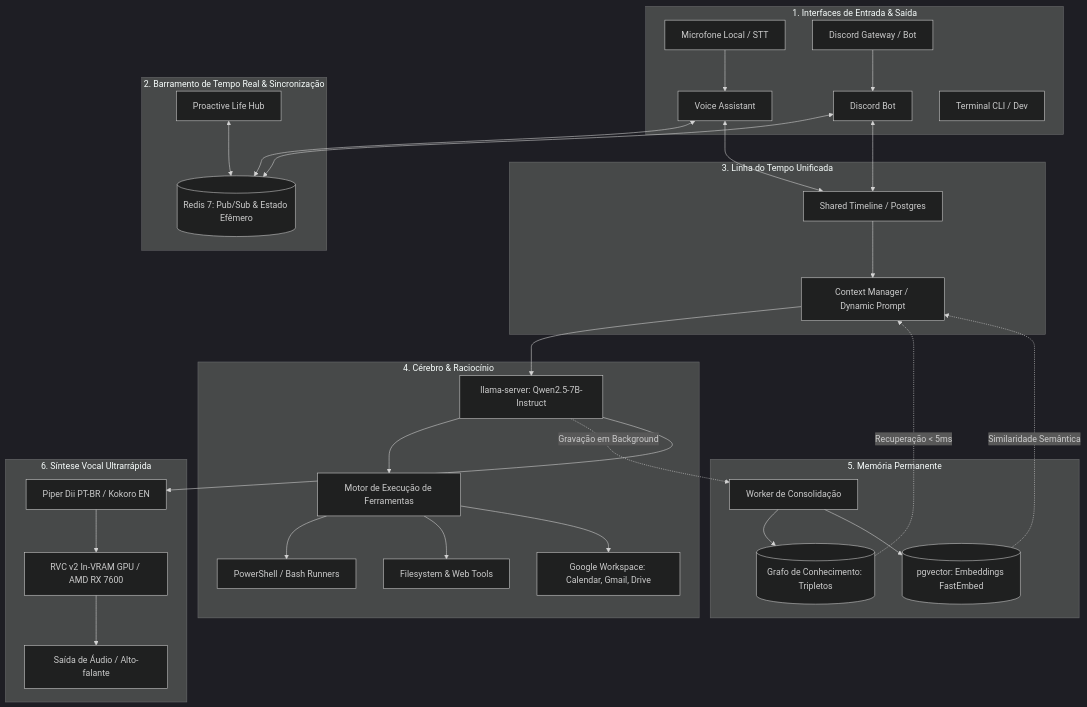
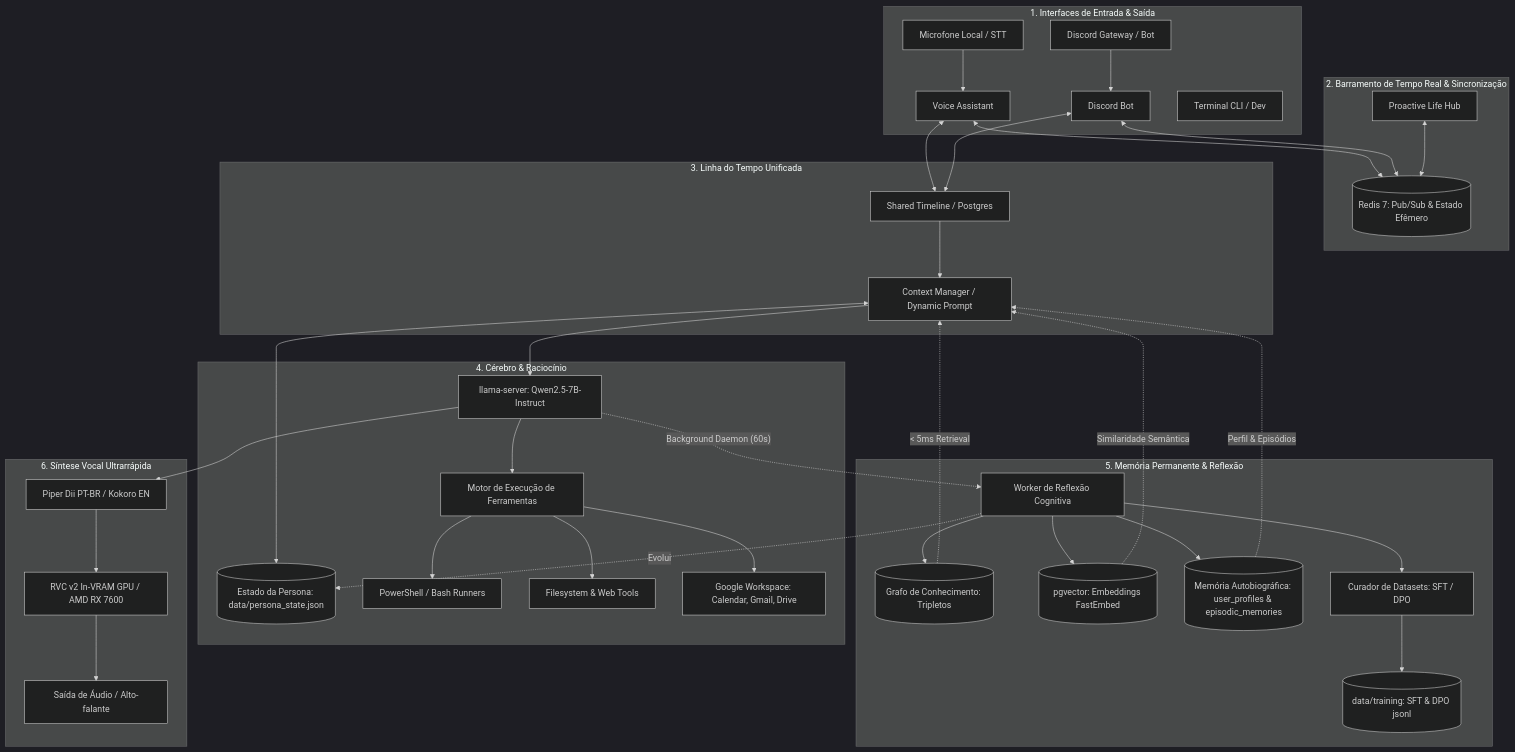
One commit to GalafassiNAT/Aigis-Assistant changed the diagram in docs/ARCHITECTURE.md. Above: the diagram before and after it, drawn with Mermaid (dark theme). The commit also changed other lines of this file and 18 other files, not shown here.

````diff
--- a/docs/ARCHITECTURE.md
+++ b/docs/ARCHITECTURE.md
@@ -11,43 +11,49 @@
 ```mermaid
 flowchart TD
     subgraph Interfaces ["1. Interfaces de Entrada & Saída"]
         MIC[Microfone Local / STT] --> VA[Voice Assistant]
         DISC[Discord Gateway / Bot] --> DB[Discord Bot]
         CLI[Terminal CLI / Dev]
     end
 
     subgraph Bus ["2. Barramento de Tempo Real & Sincronização"]
         REDIS[(Redis 7: Pub/Sub & Estado Efêmero)]
         VA <--> REDIS
         DB <--> REDIS
         PH[Proactive Life Hub] <--> REDIS
     end
 
     subgraph Timeline ["3. Linha do Tempo Unificada"]
         VA <--> ST[Shared Timeline / Postgres]
         DB <--> ST
         ST --> Ctx[Context Manager / Dynamic Prompt]
     end
 
     subgraph Cognicao ["4. Cérebro & Raciocínio"]
         Ctx --> LLM[llama-server: Qwen2.5-7B-Instruct]
+        Persona[(Estado da Persona: data/persona_state.json)] <--> Ctx
         LLM --> Tools[Motor de Execução de Ferramentas]
         Tools --> PS[PowerShell / Bash Runners]
         Tools --> FS[Filesystem & Web Tools]
         Tools --> GSuite[Google Workspace: Calendar, Gmail, Drive]
     end
 
-    subgraph Memoria ["5. Memória Permanente"]
-        LLM -. Gravação em Background .-> MW[Worker de Consolidação]
+    subgraph Memoria ["5. Memória Permanente & Reflexão"]
+        LLM -. Background Daemon (60s) .-> MW[Worker de Reflexão Cognitiva]
         MW --> KG[(Grafo de Conhecimento: Tripletos)]
         MW --> VEC[(pgvector: Embeddings FastEmbed)]
-        KG -. Recuperação < 5ms .-> Ctx
+        MW --> EP[(Memória Autobiográfica: user_profiles & episodic_memories)]
+        MW --> DC[Curador de Datasets: SFT / DPO]
+        DC --> DTR[(data/training: SFT & DPO jsonl)]
+        MW -. Evolui .-> Persona
+        KG -. < 5ms Retrieval .-> Ctx
         VEC -. Similaridade Semântica .-> Ctx
+        EP -. Perfil & Episódios .-> Ctx
     end
 
     subgraph Voz ["6. Síntese Vocal Ultrarrápida"]
         LLM --> TTS[Piper Dii PT-BR / Kokoro EN]
         TTS --> RVC[RVC v2 In-VRAM GPU / AMD RX 7600]
         RVC --> AudioOut[Saída de Áudio / Alto-falante]
     end
 ```
````
